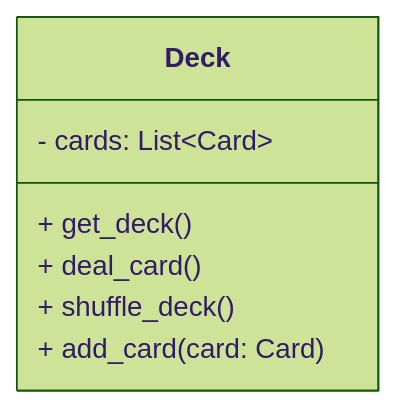
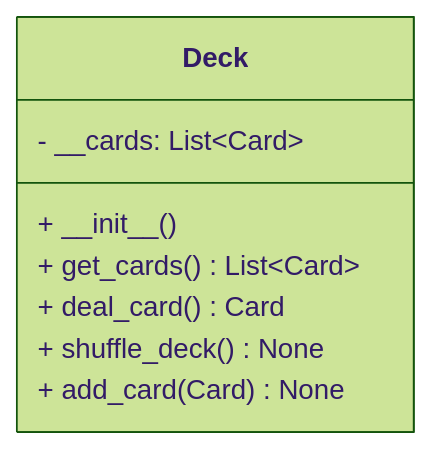
Before and after one commit to isf-dp-cs/isf-dp-cs.github.io: the third of 5 diagrams in content/new_syllabus/unit_03_oop/03_polymorphism/_index.md, drawn with Mermaid (forest theme). The commit also changed other lines of this file, not shown here.

Commit message:
polymorphism lab (cards) going live

```diff
--- a/content/new_syllabus/unit_03_oop/03_polymorphism/_index.md
+++ b/content/new_syllabus/unit_03_oop/03_polymorphism/_index.md
@@ -186,11 +185,11 @@
 {{< mermaid >}}
 classDiagram
     class Deck {
-        - cards: List~Card~
-        + get_deck()
-        + deal_card()
-        + shuffle_deck()
-        + add_card(card: Card)
-
+        - __cards: List~Card~
+        + \_\_init__()
+        + get_cards() List~Card~
+        + deal_card() Card
+        + shuffle_deck() None
+        + add_card(Card) None
     }
 {{< /mermaid >}}
```
